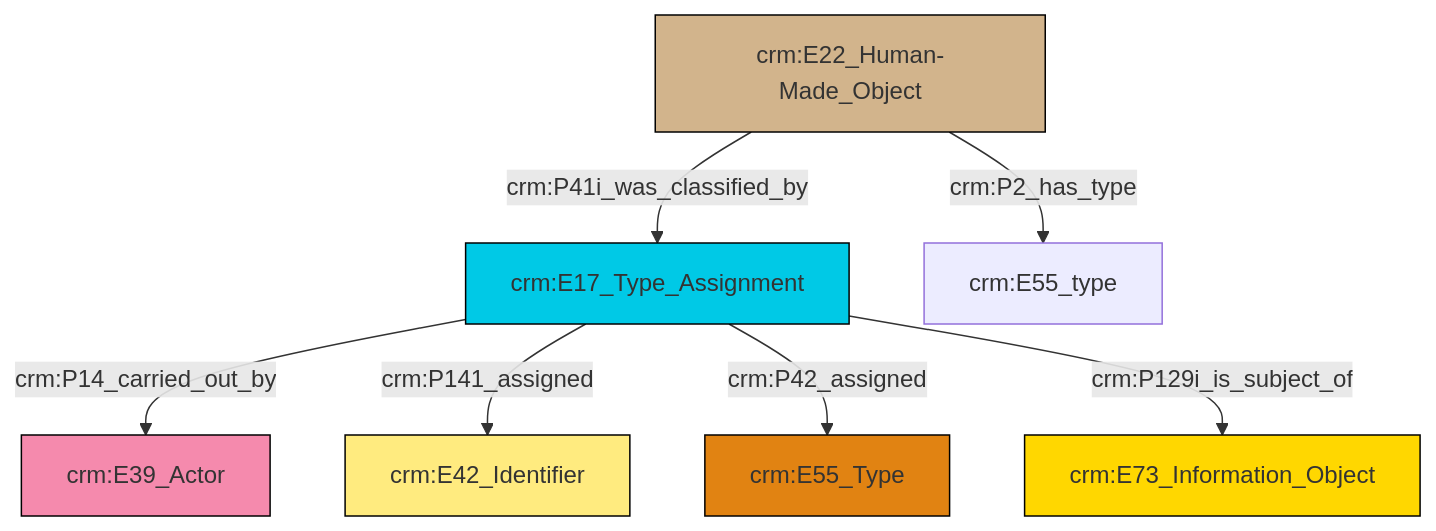
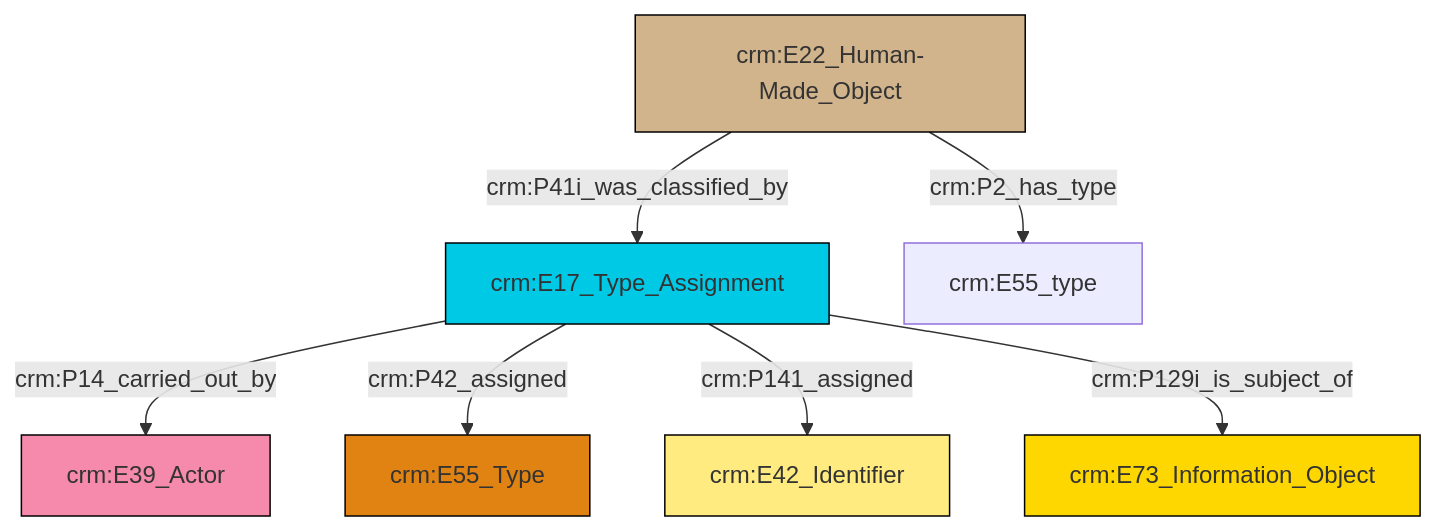
One commit to swiss-art-research-net/reference-data-models changed the diagram in et/builtWorkCSV/ttl/mmd/Built_Work_designation_status.ttl.mmd. Above: the diagram before and after it, drawn with Mermaid. The commit also changed 126 other files, not shown here.

```diff
--- a/et/builtWorkCSV/ttl/mmd/Built_Work_designation_status.ttl.mmd
+++ b/et/builtWorkCSV/ttl/mmd/Built_Work_designation_status.ttl.mmd
@@ -1,21 +1,21 @@
 graph TD
 classDef Literal fill:#f2f2f2,stroke:#000000;
 classDef CRM_Entity fill:#FFFFFF,stroke:#000000;
 classDef Temporal_Entity fill:#00C9E6, stroke:#000000;
 classDef Type fill:#E18312, stroke:#000000;
 classDef Time-Span fill:#2C9C91, stroke:#000000;
 classDef Appellation fill:#FFEB7F, stroke:#000000;
 classDef Place fill:#008836, stroke:#000000;
 classDef Persistent_Item fill:#B266B2, stroke:#000000;
 classDef Conceptual_Object fill:#FFD700, stroke:#000000;
 classDef Physical_Thing fill:#D2B48C, stroke:#000000;
 classDef Actor fill:#f58aad, stroke:#000000;
 classDef PC_Classes fill:#4ce600, stroke:#000000;
 classDef Multi fill:#cccccc,stroke:#000000;
 
 0["crm:E17_Type_Assignment"]:::Temporal_Entity -->|crm:P14_carried_out_by| 1["crm:E39_Actor"]:::Actor
-2["crm:E22_Human-Made_Object"]:::Physical_Thing -->|crm:P41i_was_classified_by| 0["crm:E17_Type_Assignment"]:::Temporal_Entity
-0["crm:E17_Type_Assignment"]:::Temporal_Entity -->|crm:P141_assigned| 5["crm:E42_Identifier"]:::Appellation
-0["crm:E17_Type_Assignment"]:::Temporal_Entity -->|crm:P42_assigned| 6["crm:E55_Type"]:::Type
+6["crm:E22_Human-Made_Object"]:::Physical_Thing -->|crm:P2_has_type| 4["crm:E55_type"]:::Default
+0["crm:E17_Type_Assignment"]:::Temporal_Entity -->|crm:P42_assigned| 7["crm:E55_Type"]:::Type
+0["crm:E17_Type_Assignment"]:::Temporal_Entity -->|crm:P141_assigned| 2["crm:E42_Identifier"]:::Appellation
+6["crm:E22_Human-Made_Object"]:::Physical_Thing -->|crm:P41i_was_classified_by| 0["crm:E17_Type_Assignment"]:::Temporal_Entity
 0["crm:E17_Type_Assignment"]:::Temporal_Entity -->|crm:P129i_is_subject_of| 9["crm:E73_Information_Object"]:::Conceptual_Object
-2["crm:E22_Human-Made_Object"]:::Physical_Thing -->|crm:P2_has_type| 12["crm:E55_type"]:::Default
```
